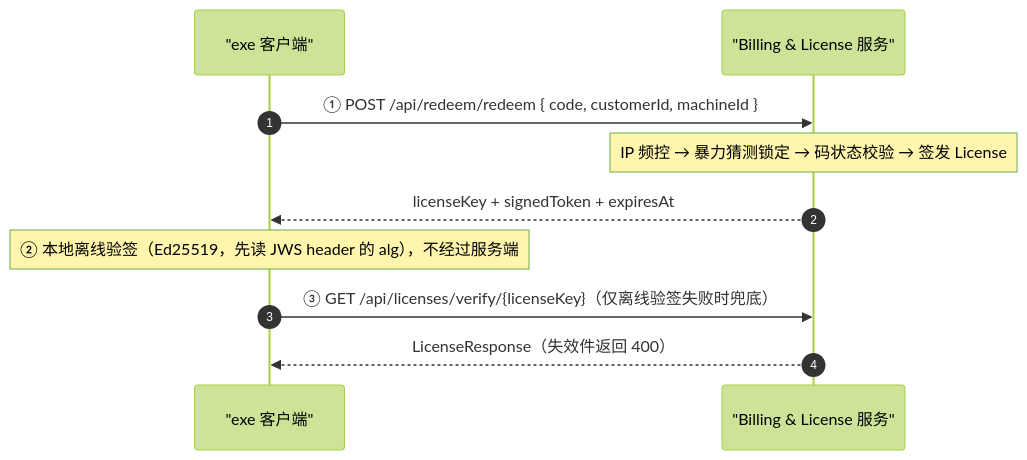
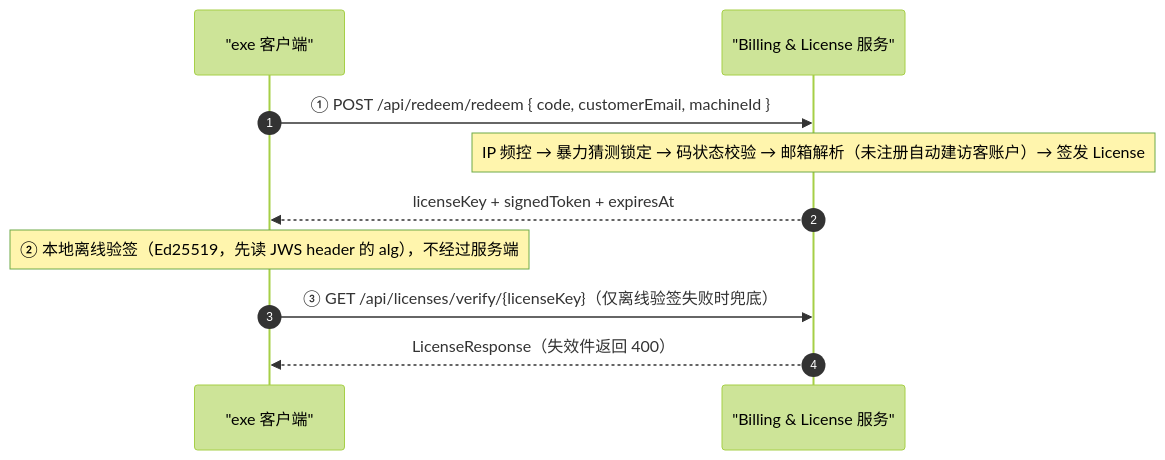
Before and after one commit to qingchuang12/billing-license-service: the second of 16 diagrams in docs/接口调用时序图.md, drawn with Mermaid (forest theme). The commit also changed other lines of this file and 20 other files, not shown here.

````diff
--- a/docs/接口调用时序图.md
+++ b/docs/接口调用时序图.md
@@ -124,13 +124,13 @@
 ```mermaid
 sequenceDiagram
     autonumber
     participant C as "exe 客户端"
     participant S as "Billing & License 服务"
 
-    C->>S: ① POST /api/redeem/redeem  { code, customerId, machineId }
-    Note over S: IP 频控 → 暴力猜测锁定 → 码状态校验 → 签发 License
+    C->>S: ① POST /api/redeem/redeem  { code, customerEmail, machineId }
+    Note over S: IP 频控 → 暴力猜测锁定 → 码状态校验 → 邮箱解析（未注册自动建访客账户）→ 签发 License
     S-->>C: licenseKey + signedToken + expiresAt
     Note over C: ② 本地离线验签（Ed25519，先读 JWS header 的 alg），不经过服务端
     C->>S: ③ GET /api/licenses/verify/{licenseKey}（仅离线验签失败时兜底）
     S-->>C: LicenseResponse（失效件返回 400）
 ```
````
